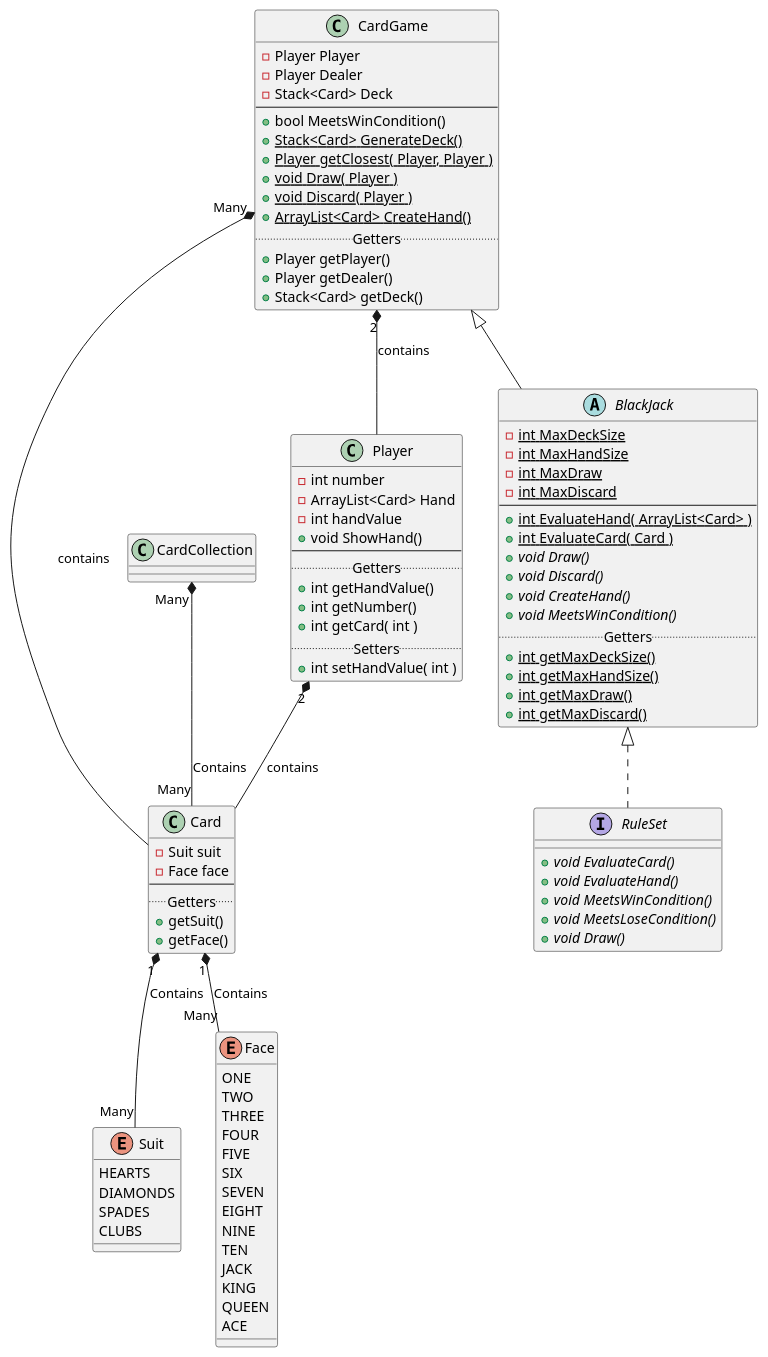
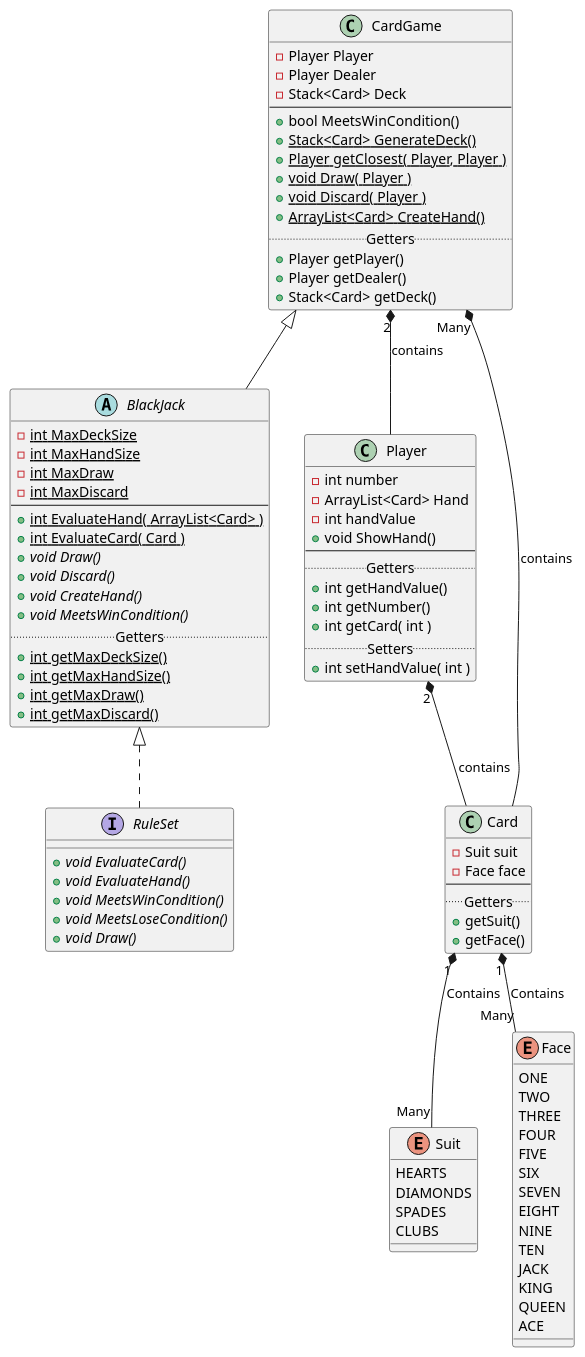
One commit to saini106/blackJack changed the diagram in uml/ClassDia.puml. Above: the diagram before and after it, drawn with PlantUML.

Commit message:
Got rid of unused class

```diff
--- a/uml/ClassDia.puml
+++ b/uml/ClassDia.puml
@@ -1,104 +1,102 @@
 @startuml BlackJack
-CardCollection "Many" *-- "Many" Card : Contains
-
 
 interface RuleSet {
     + {abstract} void EvaluateCard()
     + {abstract} void EvaluateHand()
     + {abstract} void MeetsWinCondition()
     + {abstract} void MeetsLoseCondition()
     + {abstract} void Draw()
 }
 
 BlackJack <|.. RuleSet
 abstract BlackJack {
     - {static} int MaxDeckSize
     - {static} int MaxHandSize
     - {static} int MaxDraw
     - {static} int MaxDiscard
     --
     + {static} int EvaluateHand( ArrayList<Card> )
     + {static} int EvaluateCard( Card )
     + {abstract} void Draw()
     + {abstract} void Discard()
     + {abstract} void CreateHand()
     + {abstract} void MeetsWinCondition()
     ..Getters..
     + {static} int getMaxDeckSize()
     + {static} int getMaxHandSize()
     + {static} int getMaxDraw()
     + {static} int getMaxDiscard()
 }
 
 CardGame <|-- BlackJack
 
 class CardGame {
     - Player Player
     - Player Dealer
     - Stack<Card> Deck
     --
     + bool MeetsWinCondition()
     + {static} Stack<Card> GenerateDeck()
     + {static} Player getClosest( Player, Player )
     + {static} void Draw( Player )
     + {static} void Discard( Player )
     + {static} ArrayList<Card> CreateHand()
     ..Getters..
     + Player getPlayer()
     + Player getDealer()
     + Stack<Card> getDeck()
 }
 
 CardGame "2" *-- Player : contains
 CardGame "Many" *-- Card : contains
 class Player {
     - int number
     - ArrayList<Card> Hand
     - int handValue
     + void ShowHand()
     --
     ..Getters..
     + int getHandValue()
     + int getNumber()
     + int getCard( int )
     ..Setters..
     + int setHandValue( int )
 }
 
 Player "2" *-- Card : contains
 class Card {
    - Suit suit
    - Face face
    --
    ..Getters..
    + getSuit()
    + getFace()
 }
 
 Card "1" *-- "Many" Suit : Contains
 Card "1" *-- "Many" Face : Contains
 enum Face {
     ONE
     TWO
     THREE
     FOUR
     FIVE
     SIX
     SEVEN
     EIGHT
     NINE
     TEN
     JACK
     KING
     QUEEN
     ACE
 }
 
 enum Suit {
     HEARTS
     DIAMONDS 
     SPADES 
     CLUBS
 }
 
 @enduml
```
